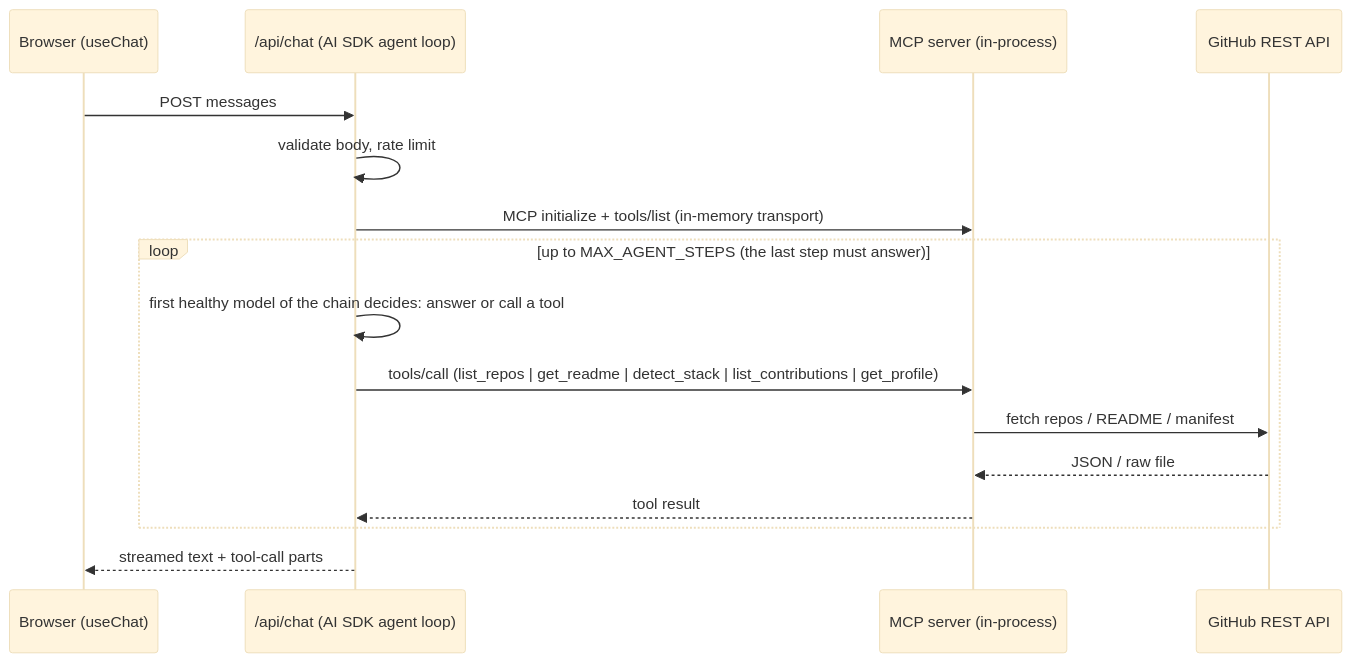
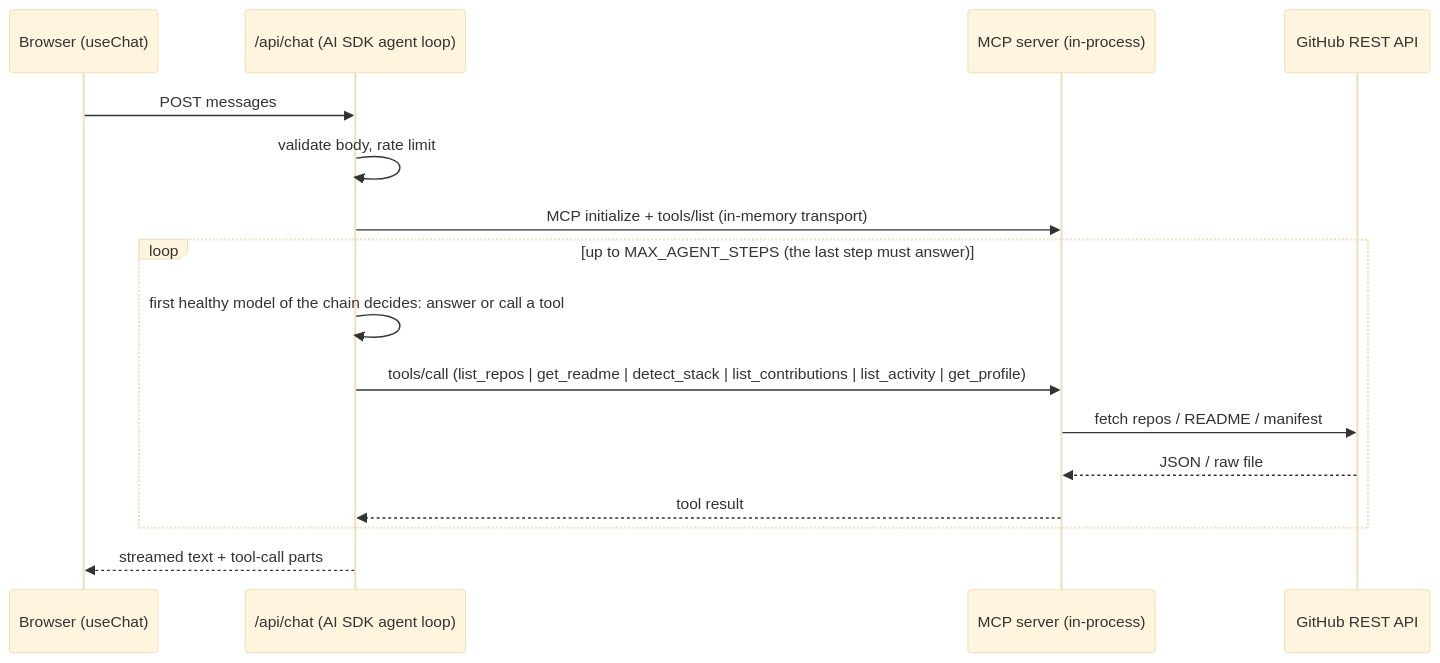
The diagram in README.md (atarico/portfolio-agent), drawn with Mermaid (base theme) before and after one commit. The commit also changed other lines of this file and 16 other files, not shown here.

First line of the commit message:
feat(mcp-server): add list_activity for recent work in the owner's own repositories

````diff
--- a/README.md
+++ b/README.md
@@ -17,19 +18,19 @@
 ```mermaid
 sequenceDiagram
     participant B as Browser (useChat)
     participant C as /api/chat (AI SDK agent loop)
     participant M as MCP server (in-process)
     participant G as GitHub REST API
 
     B->>C: POST messages
     C->>C: validate body, rate limit
     C->>M: MCP initialize + tools/list (in-memory transport)
     loop up to MAX_AGENT_STEPS (the last step must answer)
         C->>C: first healthy model of the chain decides: answer or call a tool
-        C->>M: tools/call (list_repos | get_readme | detect_stack | list_contributions | get_profile)
+        C->>M: tools/call (list_repos | get_readme | detect_stack | list_contributions | list_activity | get_profile)
         M->>G: fetch repos / README / manifest
         G-->>M: JSON / raw file
         M-->>C: tool result
     end
     C-->>B: streamed text + tool-call parts
 ```
````
